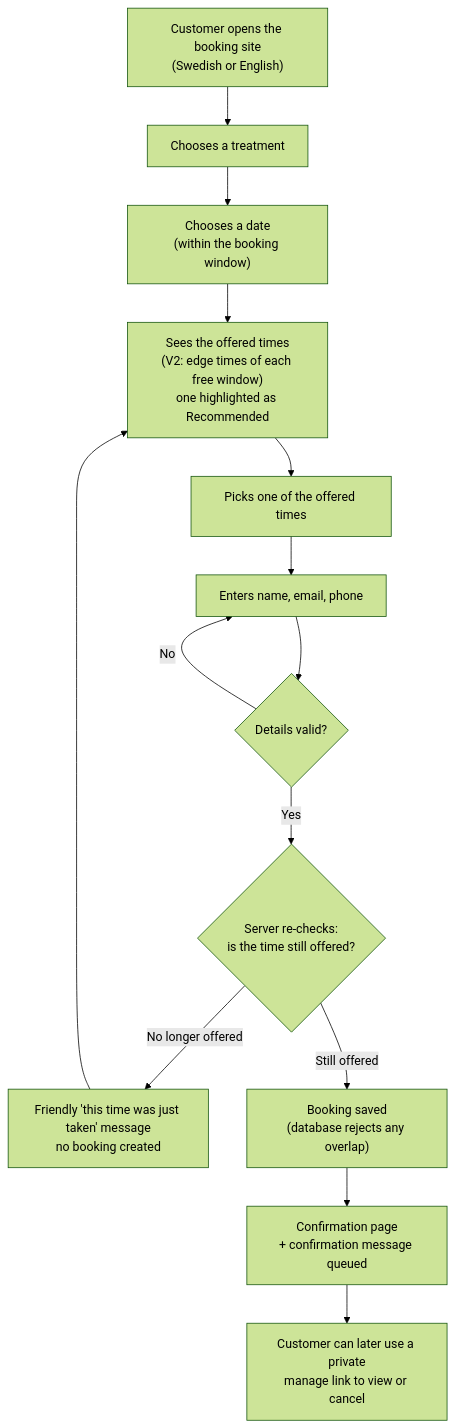
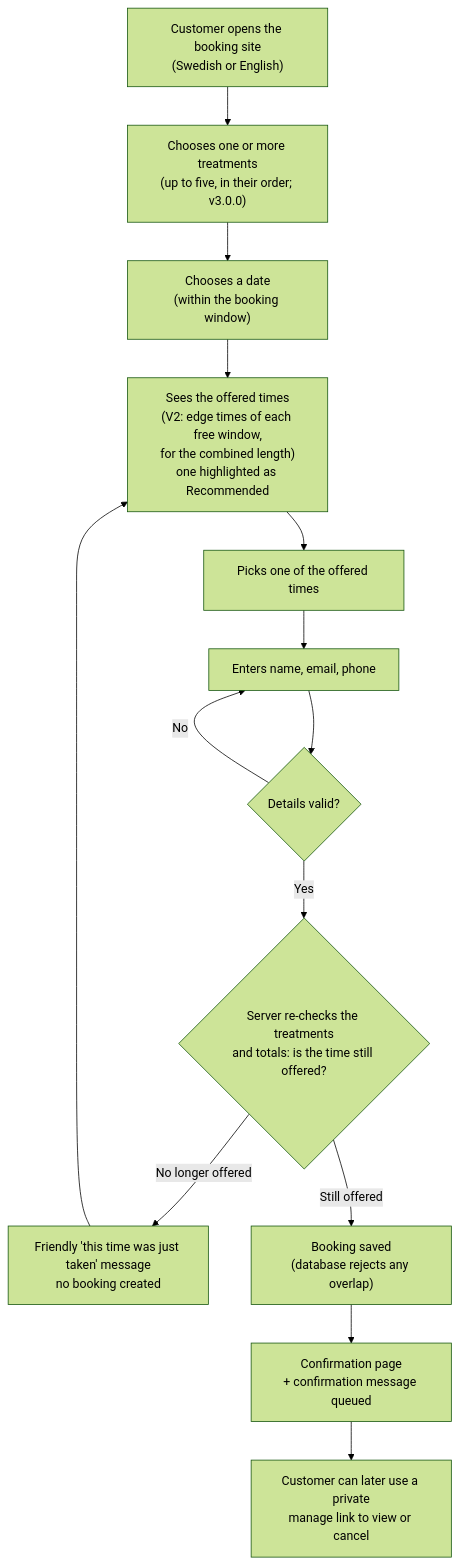
One commit to N0vocaine/timbra-qa-portfolio changed the first of 4 diagrams in docs/product/booking-flow.md. Above: the diagram before and after it, drawn with Mermaid (forest theme). The commit also changed other lines of this file and 6 other files, not shown here.

````diff
--- a/docs/product/booking-flow.md
+++ b/docs/product/booking-flow.md
@@ -7,16 +7,16 @@
 ```mermaid
 flowchart TD
-    S["Customer opens the booking site<br/>(Swedish or English)"] --> T["Chooses a treatment"]
+    S["Customer opens the booking site<br/>(Swedish or English)"] --> T["Chooses one or more treatments<br/>(up to five, in their order; v3.0.0)"]
     T --> D["Chooses a date<br/>(within the booking window)"]
-    D --> A["Sees the offered times<br/>(V2: edge times of each free window)<br/>one highlighted as Recommended"]
+    D --> A["Sees the offered times<br/>(V2: edge times of each free window,<br/>for the combined length)<br/>one highlighted as Recommended"]
     A --> P["Picks one of the offered times"]
     P --> F["Enters name, email, phone"]
     F --> V{"Details valid?"}
     V -- "No" --> F
-    V -- "Yes" --> R{"Server re-checks:<br/>is the time still offered?"}
+    V -- "Yes" --> R{"Server re-checks the treatments<br/>and totals: is the time still offered?"}
     R -- "No longer offered" --> C["Friendly 'this time was just taken' message<br/>no booking created"]
     C --> A
     R -- "Still offered" --> B["Booking saved<br/>(database rejects any overlap)"]
     B --> OK["Confirmation page<br/>+ confirmation message queued"]
     OK --> M["Customer can later use a private<br/>manage link to view or cancel"]
 ```
````
